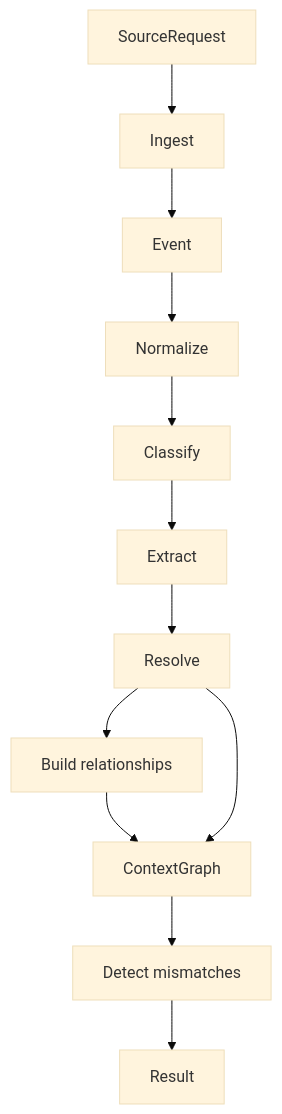
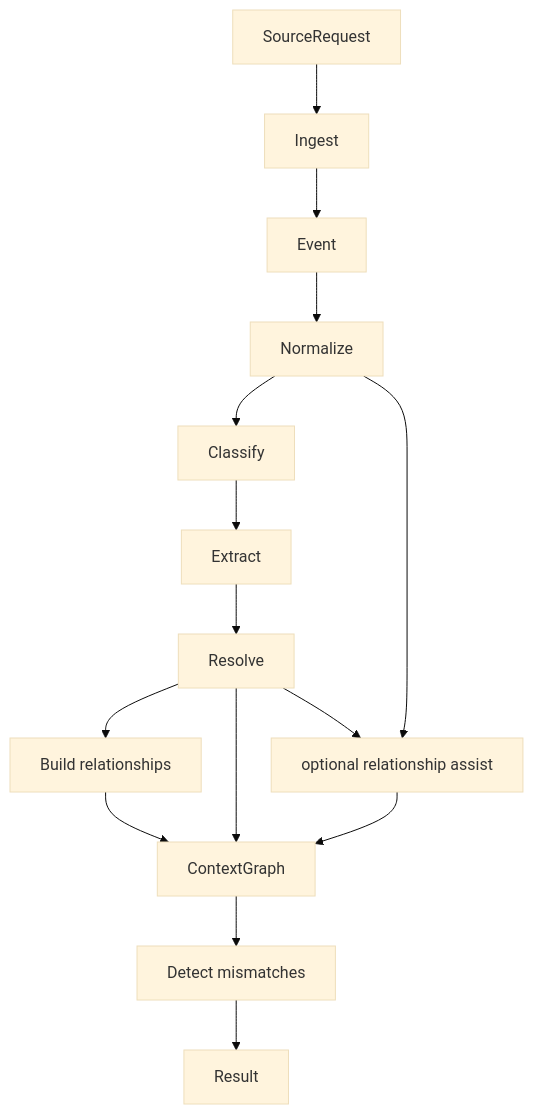
The diagram in domain/pipelines/README.md (sx-tane/context-os), drawn with Mermaid (base theme) before and after one commit. The commit also changed other lines of this file and 26 other files, not shown here.

Commit message:
Add opt-in relationship assist path

````diff
--- a/domain/pipelines/README.md
+++ b/domain/pipelines/README.md
@@ -26,17 +29,21 @@
 ```mermaid
 flowchart TD
   request[SourceRequest]
   ingest[Ingest]
   event[Event]
   normalize[Normalize]
   classify[Classify]
   extract[Extract]
   resolve[Resolve]
   relate[Build relationships]
+  assist[optional relationship assist]
   ctxgraph[ContextGraph]
   reason[Detect mismatches]
   result[Result]
 
   request --> ingest --> event --> normalize --> classify --> extract --> resolve --> relate --> ctxgraph --> reason --> result
   resolve --> ctxgraph
+  normalize --> assist
+  resolve --> assist
+  assist --> ctxgraph
 ```
````
